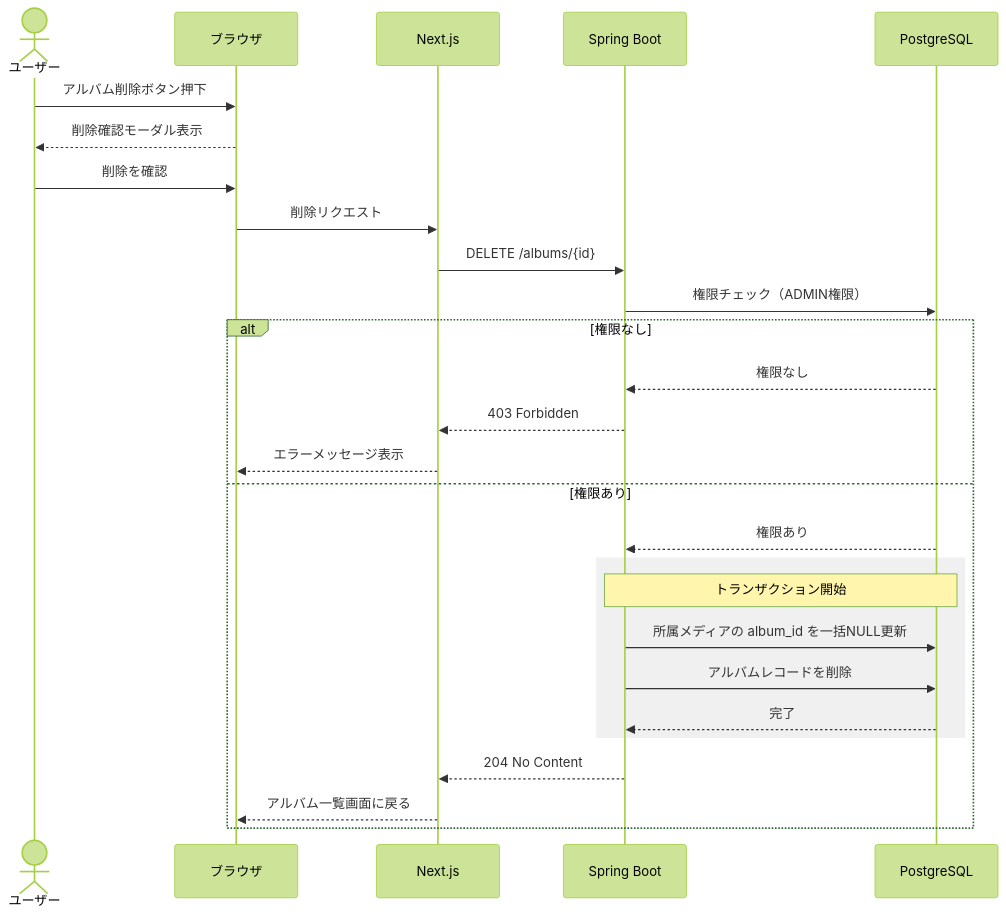
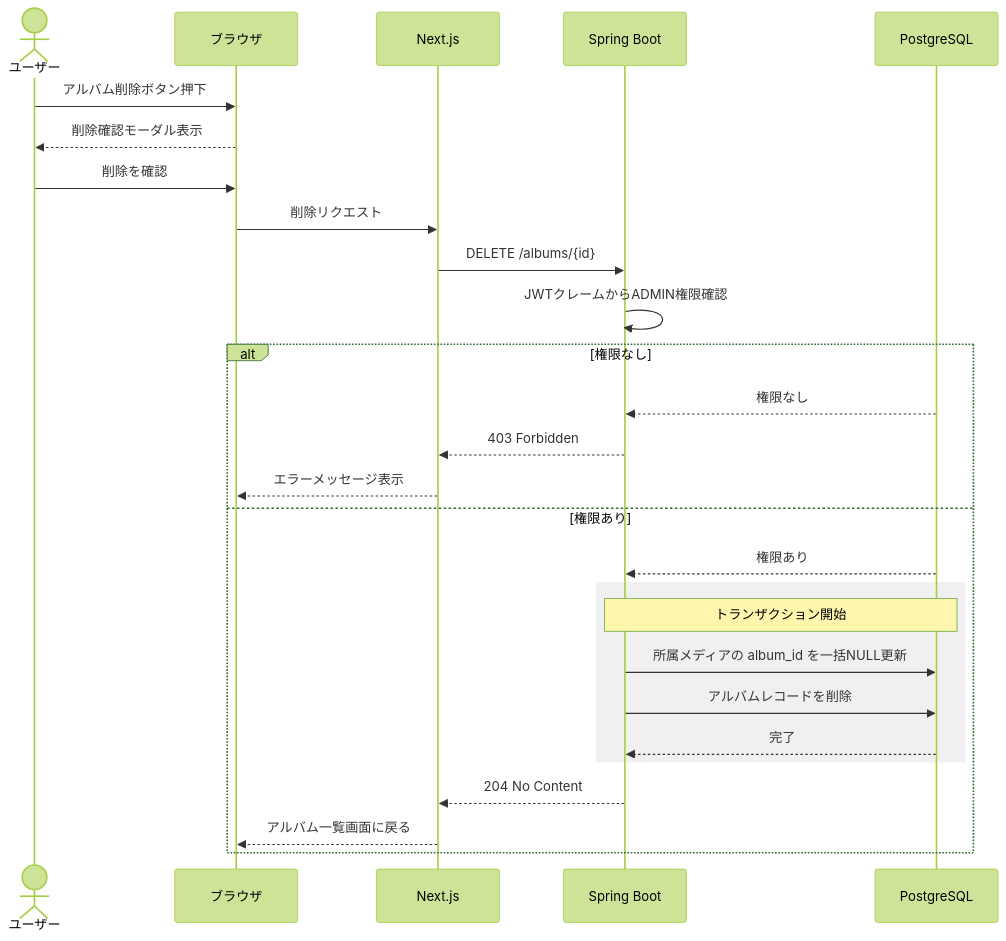
The sixth of 9 diagrams in docs/sequence.md (sakurai1126/chii-piyo), drawn with Mermaid (forest theme) before and after one commit. The commit also changed other lines of this file and 1 other file, not shown here.

````diff
--- a/docs/sequence.md
+++ b/docs/sequence.md
@@ -197,34 +211,34 @@
 ```mermaid
 sequenceDiagram
     actor User as ユーザー
     participant Browser as ブラウザ
     participant Next as Next.js
     participant Spring as Spring Boot
     participant DB as PostgreSQL
 
     User->>Browser: アルバム削除ボタン押下
     Browser-->>User: 削除確認モーダル表示
     User->>Browser: 削除を確認
 
     Browser->>Next: 削除リクエスト
     Next->>Spring: DELETE /albums/{id}
-    Spring->>DB: 権限チェック（ADMIN権限）
+    Spring->>Spring: JWTクレームからADMIN権限確認
 
     alt 権限なし
         DB-->>Spring: 権限なし
         Spring-->>Next: 403 Forbidden
         Next-->>Browser: エラーメッセージ表示
     else 権限あり
         DB-->>Spring: 権限あり
 
         rect rgb(240, 240, 240)
             Note over Spring, DB: トランザクション開始
             Spring->>DB: 所属メディアの album_id を一括NULL更新
             Spring->>DB: アルバムレコードを削除
             DB-->>Spring: 完了
         end
 
         Spring-->>Next: 204 No Content
         Next-->>Browser: アルバム一覧画面に戻る
     end
 ```
````
